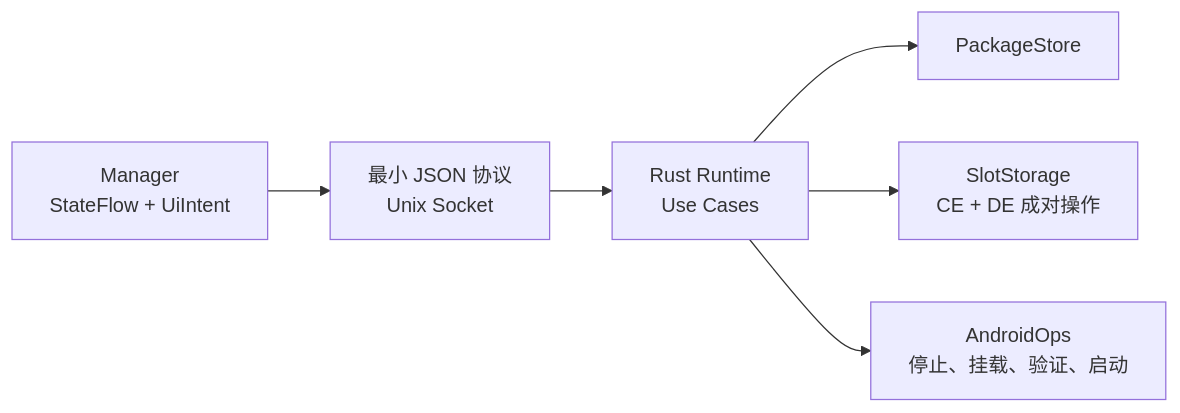
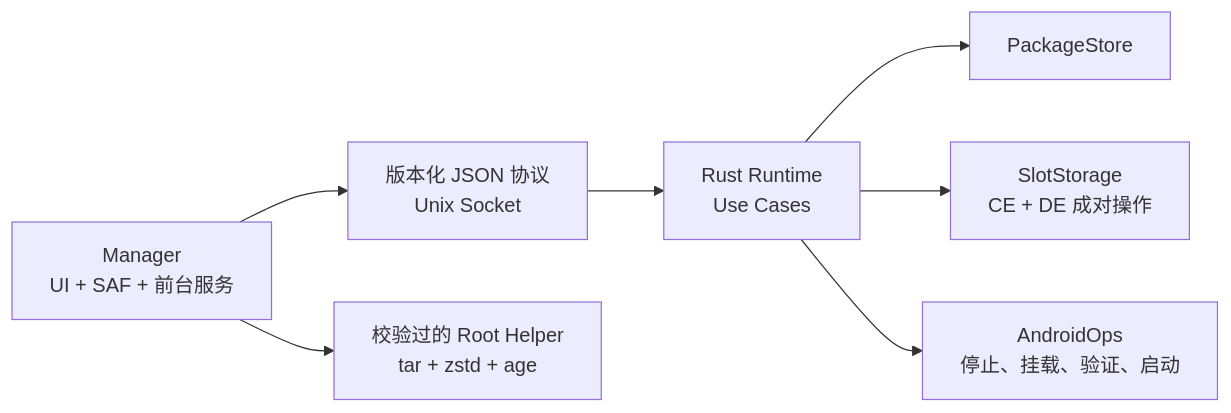
One commit to gkeyes/uclone-slices changed the diagram in README.md. Above: the diagram before and after it, drawn with Mermaid. The commit also changed other lines of this file and 72 other files, not shown here.

````diff
--- a/README.md
+++ b/README.md
@@ -70,8 +76,9 @@
 ```mermaid
 flowchart LR
-    UI["Manager<br/>StateFlow + UiIntent"] --> RPC["最小 JSON 协议<br/>Unix Socket"]
+    UI["Manager<br/>UI + SAF + 前台服务"] --> RPC["版本化 JSON 协议<br/>Unix Socket"]
+    UI --> Helper["校验过的 Root Helper<br/>tar + zstd + age"]
     RPC --> Runtime["Rust Runtime<br/>Use Cases"]
     Runtime --> Store["PackageStore"]
     Runtime --> Slots["SlotStorage<br/>CE + DE 成对操作"]
     Runtime --> Android["AndroidOps<br/>停止、挂载、验证、启动"]
 ```
````
